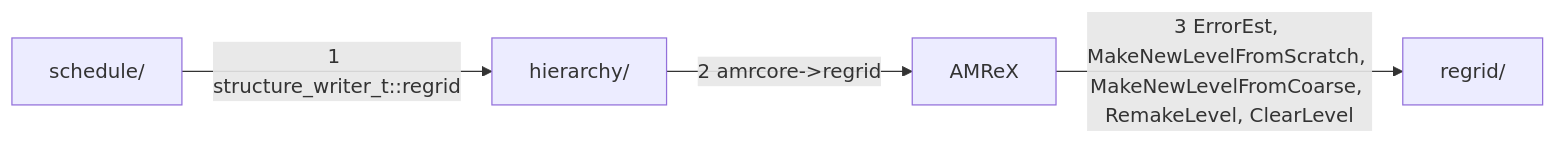
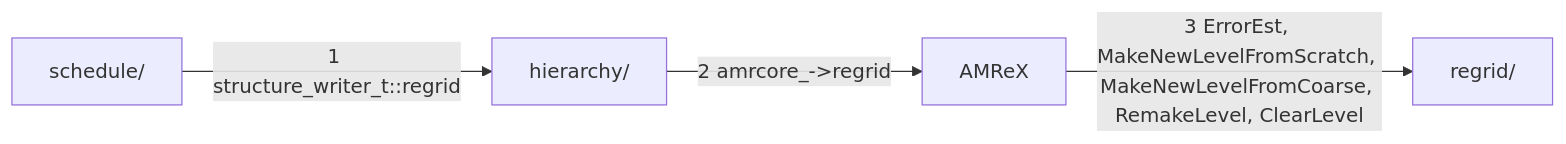
One commit to lwJi/CarpetX changed the third of 3 diagrams in agent_docs/carpetx-internals.md. Above: the diagram before and after it, drawn with Mermaid. The commit also changed other lines of this file and 28 other files, not shown here.

````diff
--- a/agent_docs/carpetx-internals.md
+++ b/agent_docs/carpetx-internals.md
@@ -100,10 +100,10 @@
 ```mermaid
 flowchart LR
   amrex["AMReX"]
   schedule["schedule/"]
   regrid["regrid/"]
   hierarchy["hierarchy/"]
   schedule -- "1 structure_writer_t::regrid" --> hierarchy
-  hierarchy -- "2 amrcore->regrid" --> amrex
+  hierarchy -- "2 amrcore_->regrid" --> amrex
   amrex -- "3 ErrorEst, MakeNewLevelFromScratch, MakeNewLevelFromCoarse, RemakeLevel, ClearLevel" --> regrid
 ```
````
